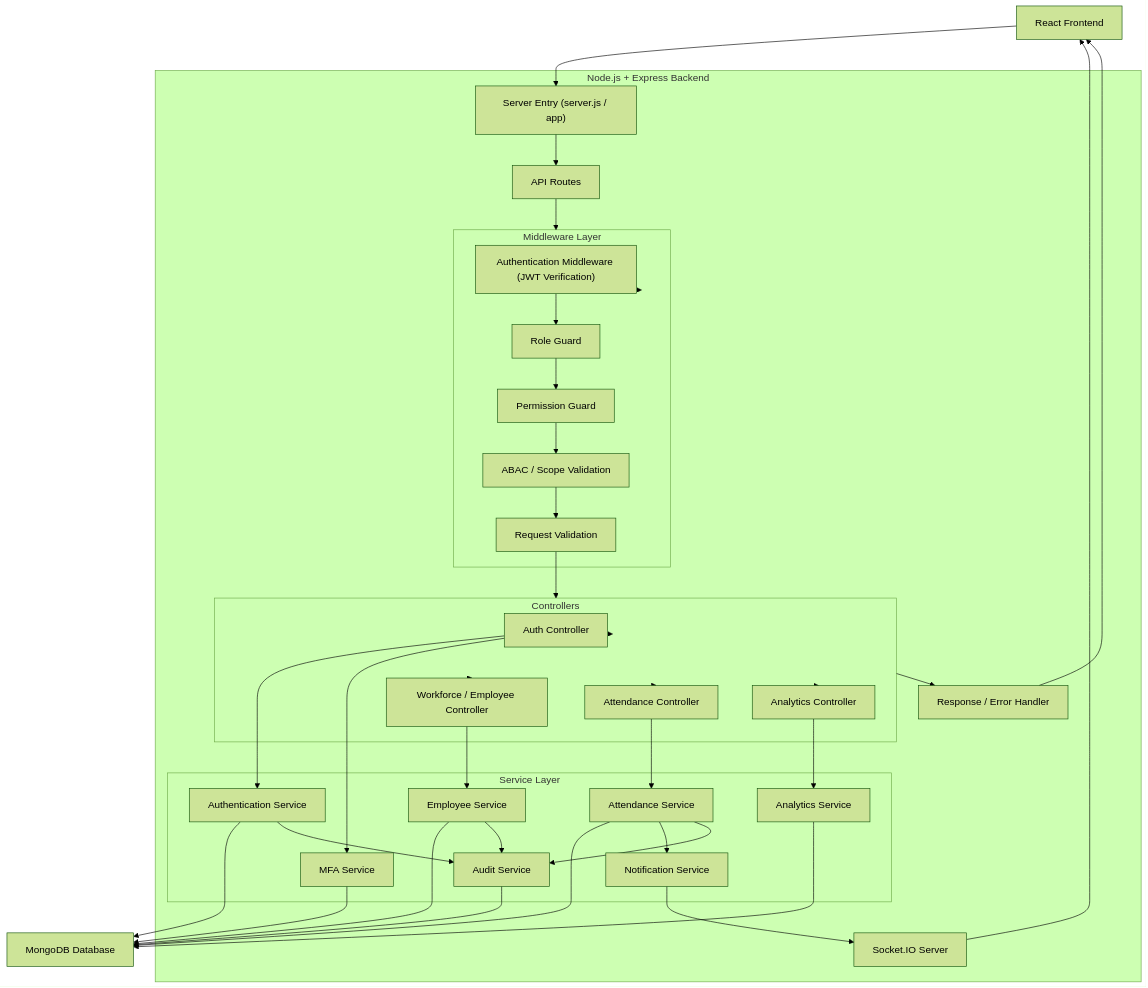
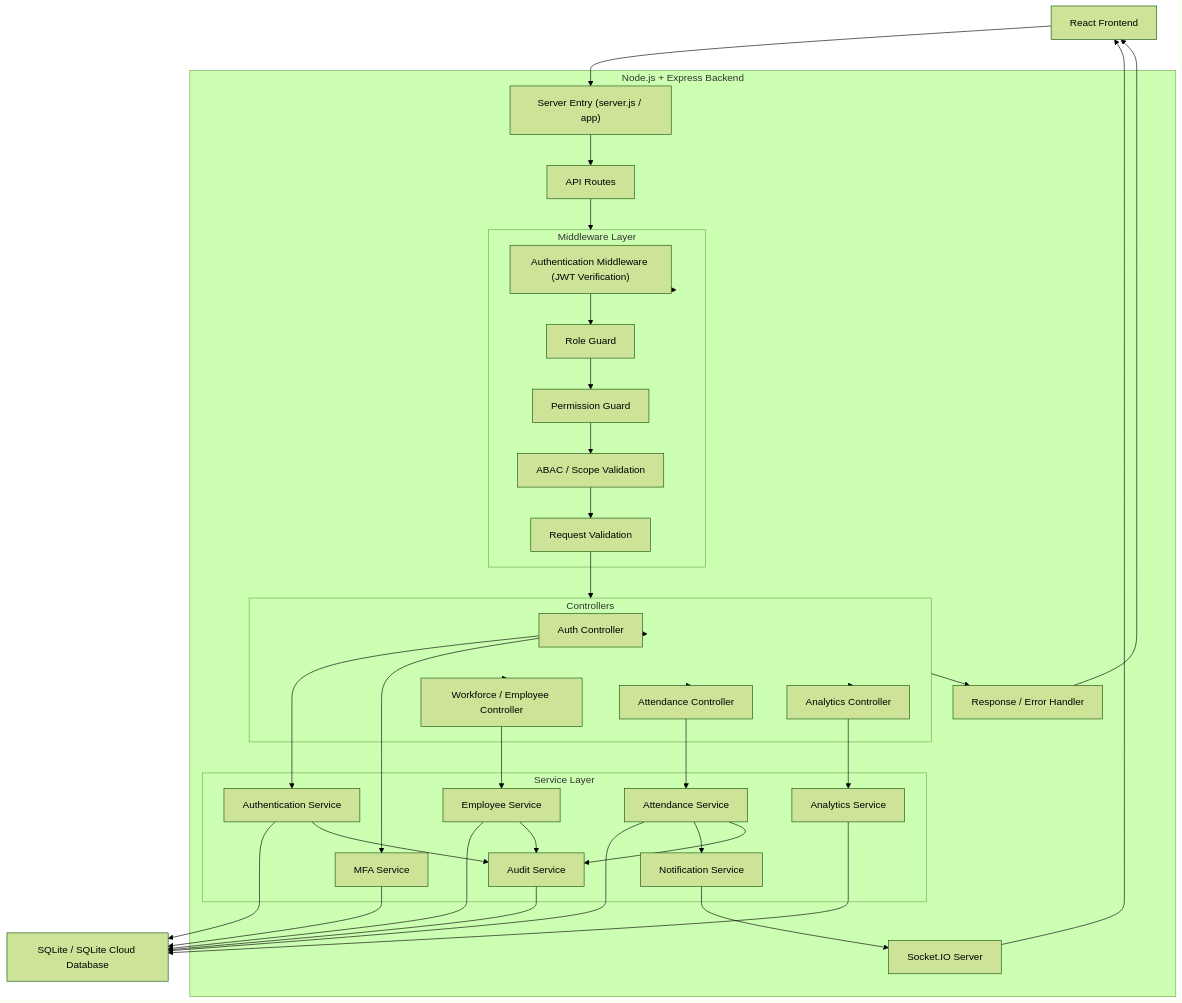
The diagram in docs/architecture/03-backend-architecture.md (maheswari-pinneti/WFA-SQLITE-Frontend-project), drawn with Mermaid (forest theme) before and after one commit. The commit also changed 20 other files, not shown here.

Commit message:
refactor: migrate to secure HttpOnly cookies, fix Socket.io authorization, clean docs architecture references, enforce Kolkata timezone business dates, and default public signups to employee

````diff
--- a/docs/architecture/03-backend-architecture.md
+++ b/docs/architecture/03-backend-architecture.md
@@ -5,77 +5,77 @@
 ```mermaid
 flowchart TB
     CLIENT["React Frontend"]
     
     subgraph SERVER["Node.js + Express Backend"]
         ENTRY["Server Entry (server.js / app)"]
         ROUTES["API Routes"]
         
         subgraph MIDDLEWARE["Middleware Layer"]
             AUTH_MW["Authentication Middleware (JWT Verification)"]
             ROLE_MW["Role Guard"]
             PERMISSION["Permission Guard"]
             ABAC["ABAC / Scope Validation"]
             VALIDATION["Request Validation"]
         end
         
         subgraph CONTROLLERS["Controllers"]
             AUTH_C["Auth Controller"]
             EMP_C["Workforce / Employee Controller"]
             ATT_C["Attendance Controller"]
             ANALYTICS_C["Analytics Controller"]
         end
         
         subgraph SERVICE_LAYER["Service Layer"]
             AUTH_S["Authentication Service"]
             MFA_S["MFA Service"]
             EMP_S["Employee Service"]
             ATT_S["Attendance Service"]
             ANALYTICS_S["Analytics Service"]
             NOTIFY_S["Notification Service"]
             AUDIT_S["Audit Service"]
         end
         
         SOCKET["Socket.IO Server"]
         RESPONSE["Response / Error Handler"]
     end
     
-    DB["MongoDB Database"]
+    DB["SQLite / SQLite Cloud Database"]
     
     CLIENT --> ENTRY
     ENTRY --> ROUTES
     ROUTES --> MIDDLEWARE
     MIDDLEWARE --> AUTH_MW
     AUTH_MW --> ROLE_MW
     ROLE_MW --> PERMISSION
     PERMISSION --> ABAC
     ABAC --> VALIDATION
     VALIDATION --> CONTROLLERS
     
     CONTROLLERS --> AUTH_C
     CONTROLLERS --> EMP_C
     CONTROLLERS --> ATT_C
     CONTROLLERS --> ANALYTICS_C
     
     AUTH_C --> AUTH_S
     AUTH_C --> MFA_S
     EMP_C --> EMP_S
     ATT_C --> ATT_S
     ANALYTICS_C --> ANALYTICS_S
     
     EMP_S --> DB
     ATT_S --> DB
     ANALYTICS_S --> DB
     AUTH_S --> DB
     MFA_S --> DB
     
     ATT_S --> NOTIFY_S
     ATT_S --> AUDIT_S
     EMP_S --> AUDIT_S
     AUTH_S --> AUDIT_S
     
     NOTIFY_S --> SOCKET
     AUDIT_S --> DB
     SOCKET --> CLIENT
     CONTROLLERS --> RESPONSE
     RESPONSE --> CLIENT
 ```
````
